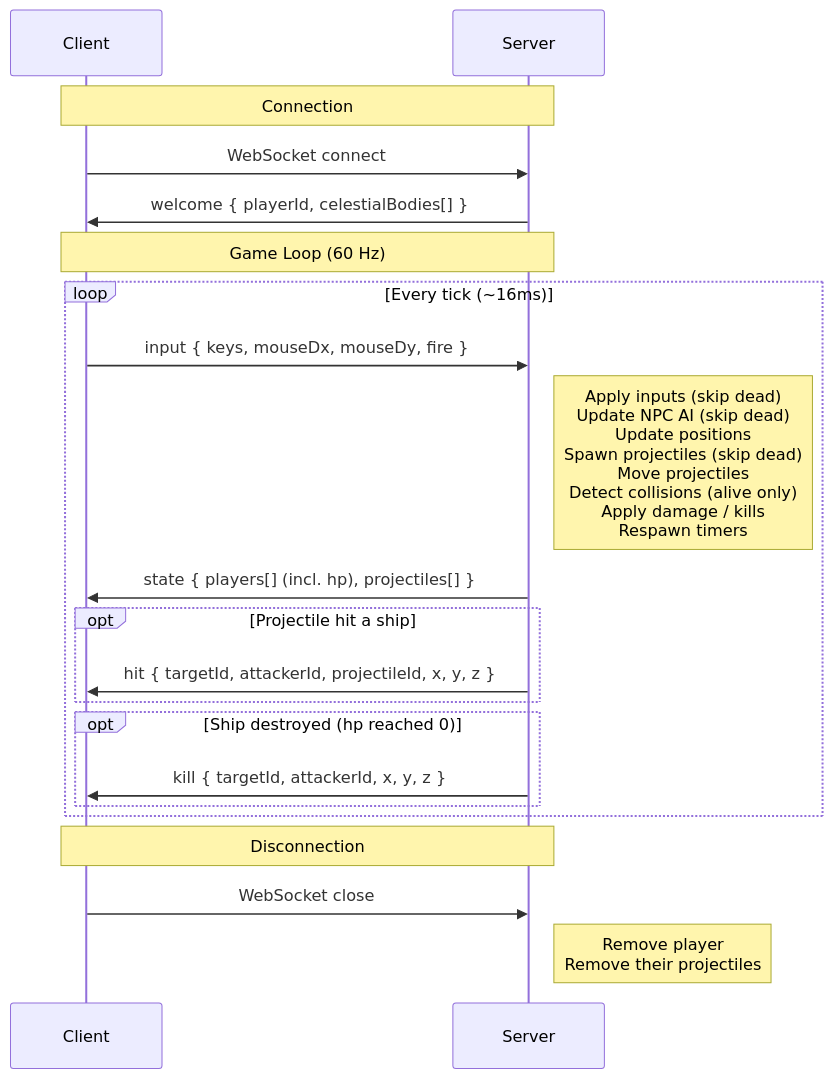
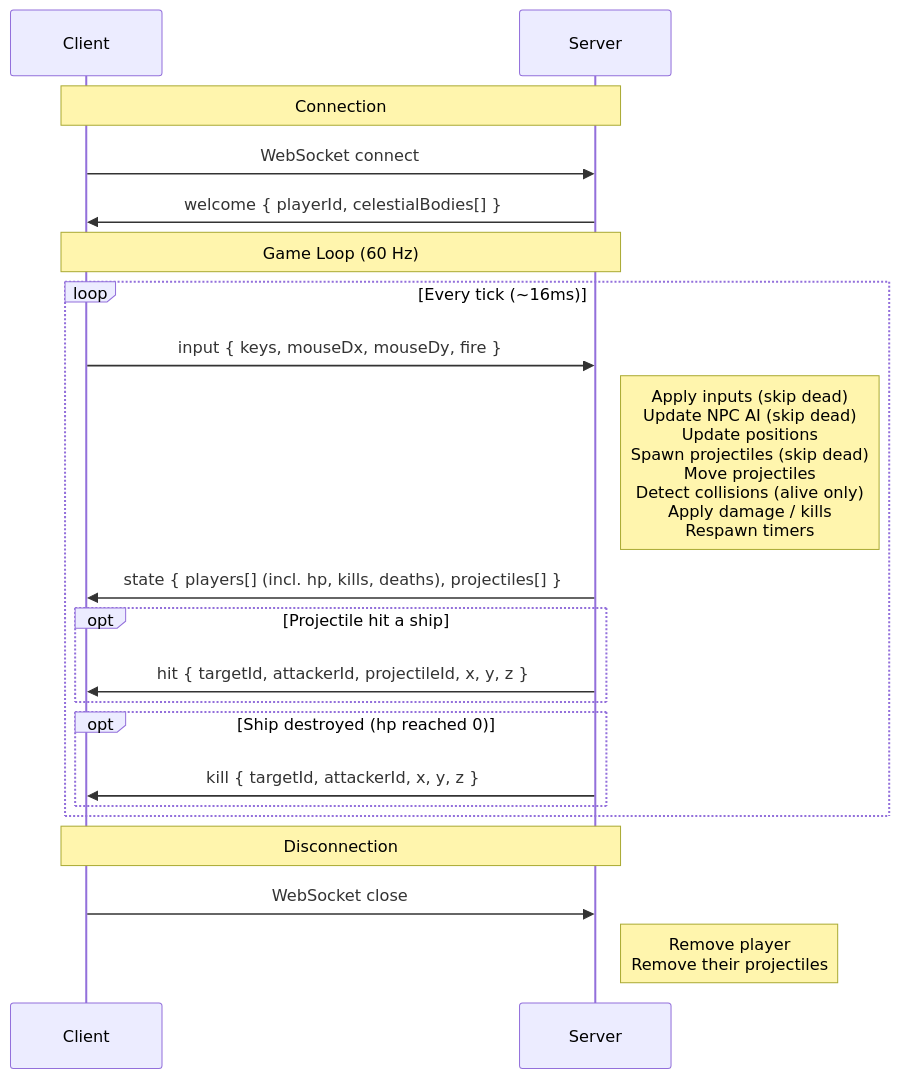
Before and after one commit to cscazorla/x-drift: the diagram in README.md, drawn with Mermaid. The commit also changed other lines of this file and 7 other files, not shown here.

````diff
--- a/README.md
+++ b/README.md
@@ -77,26 +78,26 @@
 ```mermaid
 sequenceDiagram
     participant C as Client
     participant S as Server
 
     Note over C,S: Connection
     C->>S: WebSocket connect
     S->>C: welcome { playerId, celestialBodies[] }
 
     Note over C,S: Game Loop (60 Hz)
     loop Every tick (~16ms)
         C->>S: input { keys, mouseDx, mouseDy, fire }
         Note right of S: Apply inputs (skip dead)<br/>Update NPC AI (skip dead)<br/>Update positions<br/>Spawn projectiles (skip dead)<br/>Move projectiles<br/>Detect collisions (alive only)<br/>Apply damage / kills<br/>Respawn timers
-        S->>C: state { players[] (incl. hp), projectiles[] }
+        S->>C: state { players[] (incl. hp, kills, deaths), projectiles[] }
         opt Projectile hit a ship
             S->>C: hit { targetId, attackerId, projectileId, x, y, z }
         end
         opt Ship destroyed (hp reached 0)
             S->>C: kill { targetId, attackerId, x, y, z }
         end
     end
 
     Note over C,S: Disconnection
     C->>S: WebSocket close
     Note right of S: Remove player<br/>Remove their projectiles
 ```
````
